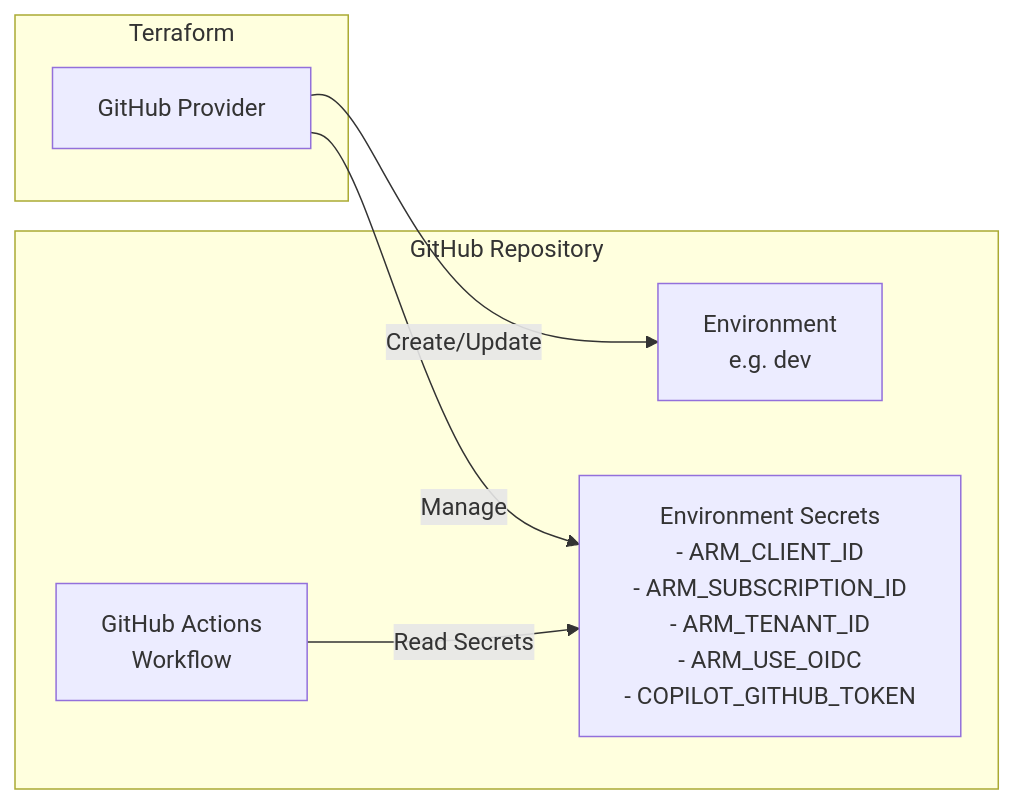
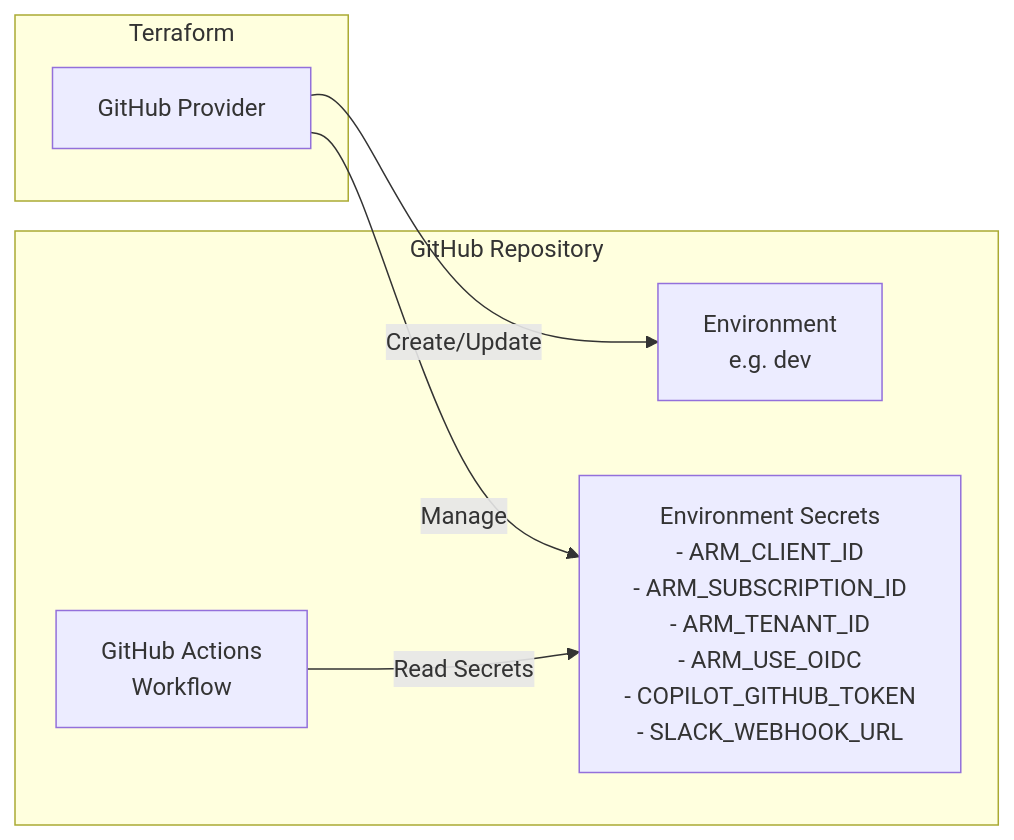
Before and after one commit to ks6088ts/template-github-copilot: the diagram in infra/scenarios/github_secrets/README.md, drawn with Mermaid. The commit also changed other lines of this file and 4 other files, not shown here.

````diff
--- a/infra/scenarios/github_secrets/README.md
+++ b/infra/scenarios/github_secrets/README.md
@@ -11,16 +11,16 @@
 ```mermaid
 flowchart LR
     subgraph Terraform["Terraform"]
         TF["GitHub Provider"]
     end
 
     subgraph GitHub["GitHub Repository"]
         ENV["Environment<br/>e.g. dev"]
-        SEC["Environment Secrets<br/>- ARM_CLIENT_ID<br/>- ARM_SUBSCRIPTION_ID<br/>- ARM_TENANT_ID<br/>- ARM_USE_OIDC<br/>- COPILOT_GITHUB_TOKEN"]
+        SEC["Environment Secrets<br/>- ARM_CLIENT_ID<br/>- ARM_SUBSCRIPTION_ID<br/>- ARM_TENANT_ID<br/>- ARM_USE_OIDC<br/>- COPILOT_GITHUB_TOKEN<br/>- SLACK_WEBHOOK_URL"]
         GA["GitHub Actions<br/>Workflow"]
     end
 
     TF -->|"Create/Update"| ENV
     TF -->|"Manage"| SEC
     GA -->|"Read Secrets"| SEC
 ```
````
